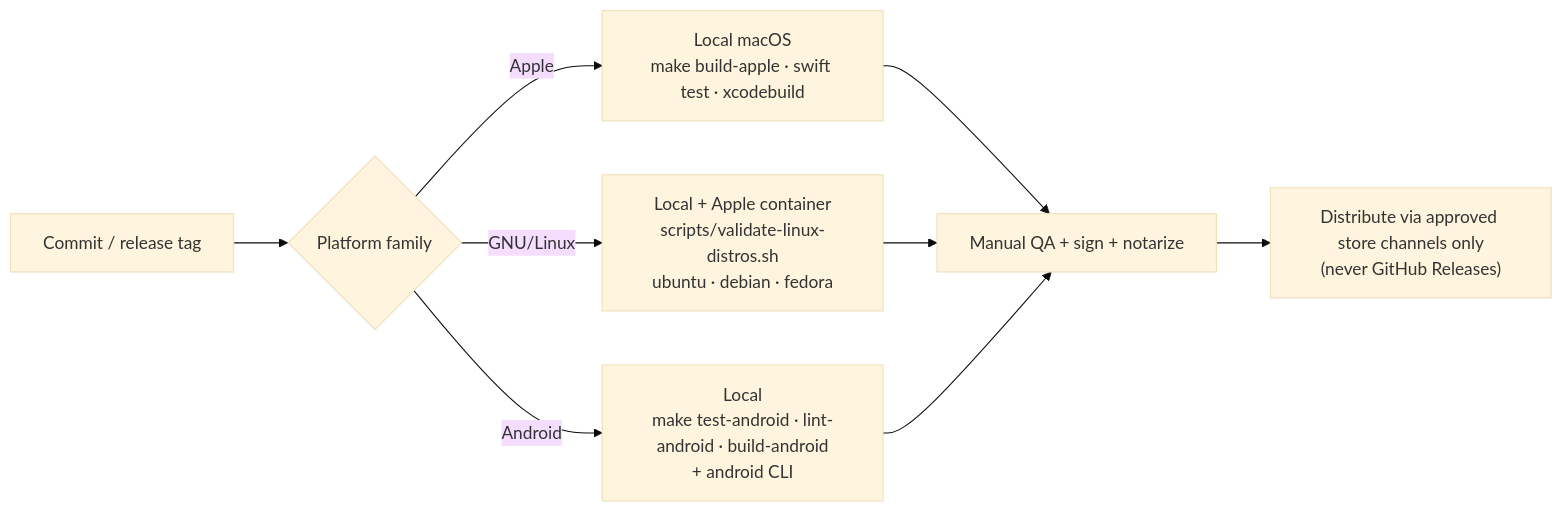
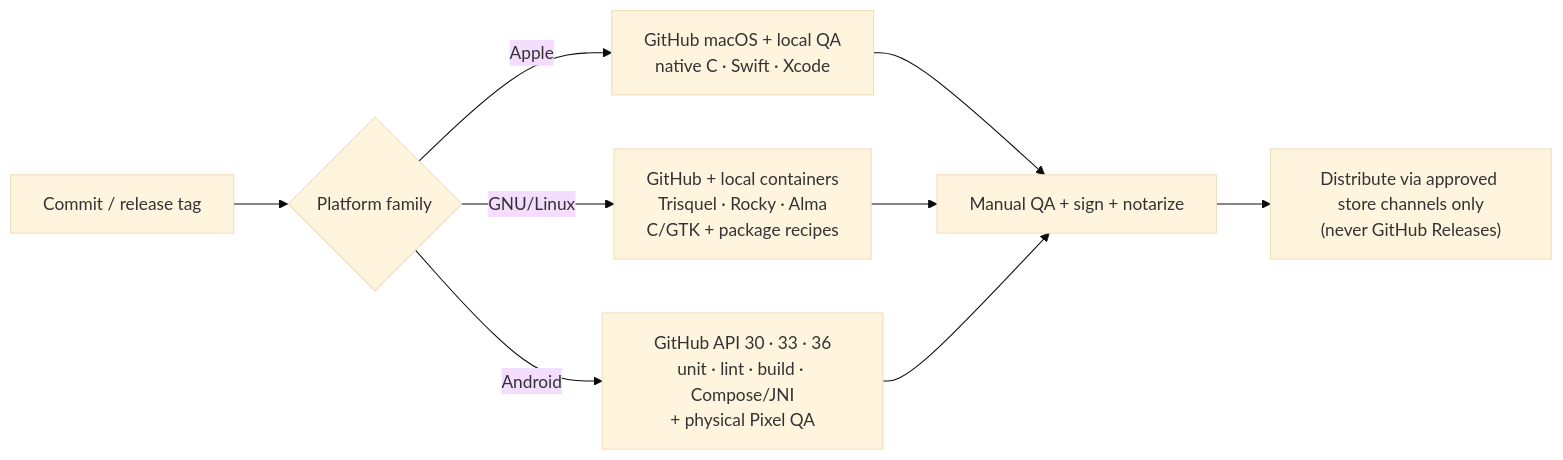
One commit to JohnThre/clambhook changed the diagram in docs/release-validation.md. Above: the diagram before and after it, drawn with Mermaid (base theme). The commit also changed other lines of this file and 20 other files, not shown here.

Commit message:
Add full GitHub Actions CI matrix

````diff
--- a/docs/release-validation.md
+++ b/docs/release-validation.md
@@ -17,11 +21,11 @@
 ```mermaid
 flowchart LR
     commit["Commit / release tag"] --> gate{Platform family}
-    gate -->|Apple| apple["Local macOS<br/>make build-apple · swift test · xcodebuild"]
-    gate -->|"GNU/Linux"| linux["Local + Apple container<br/>scripts/validate-linux-distros.sh<br/>ubuntu · debian · fedora"]
-    gate -->|Android| android["Local<br/>make test-android · lint-android · build-android<br/>+ android CLI"]
+    gate -->|Apple| apple["GitHub macOS + local QA<br/>native C · Swift · Xcode"]
+    gate -->|"GNU/Linux"| linux["GitHub + local containers<br/>Trisquel · Rocky · Alma<br/>C/GTK + package recipes"]
+    gate -->|Android| android["GitHub API 30 · 33 · 36<br/>unit · lint · build · Compose/JNI<br/>+ physical Pixel QA"]
     apple --> qa["Manual QA + sign + notarize"]
     linux --> qa
     android --> qa
     qa --> dist["Distribute via approved store channels only<br/>(never GitHub Releases)"]
 ```
````
